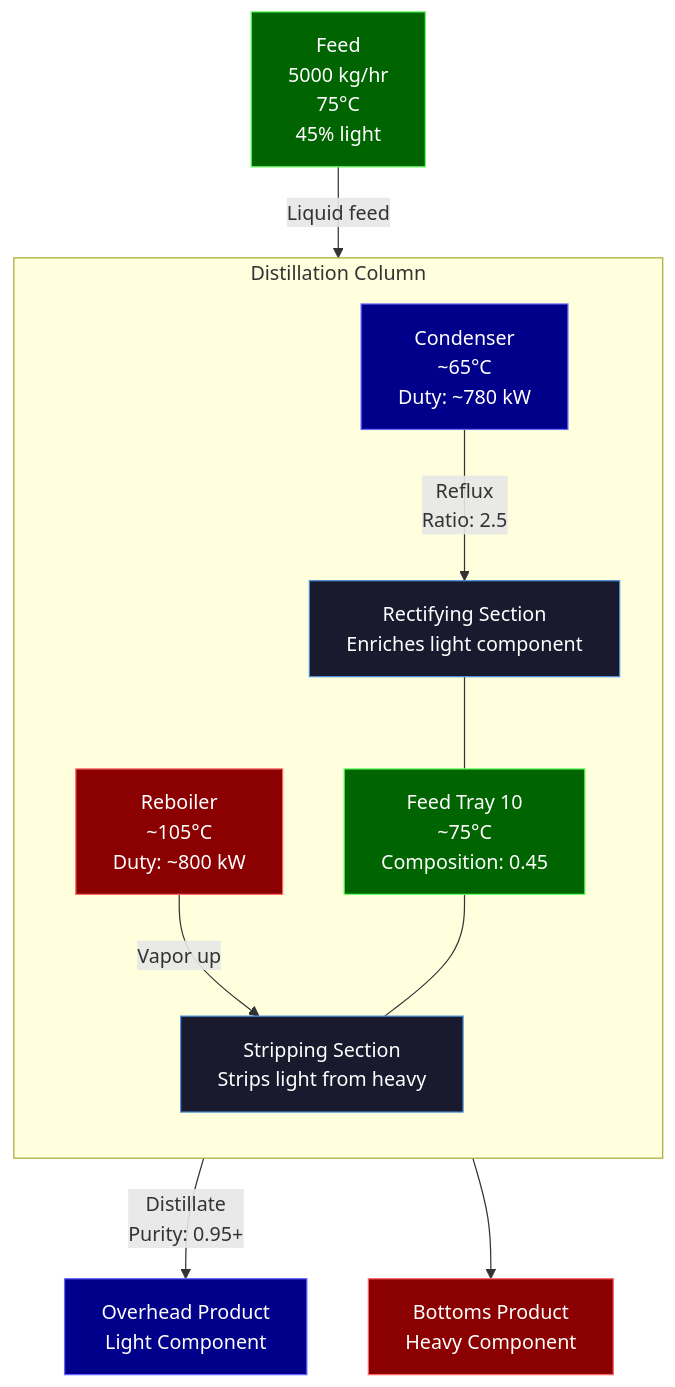
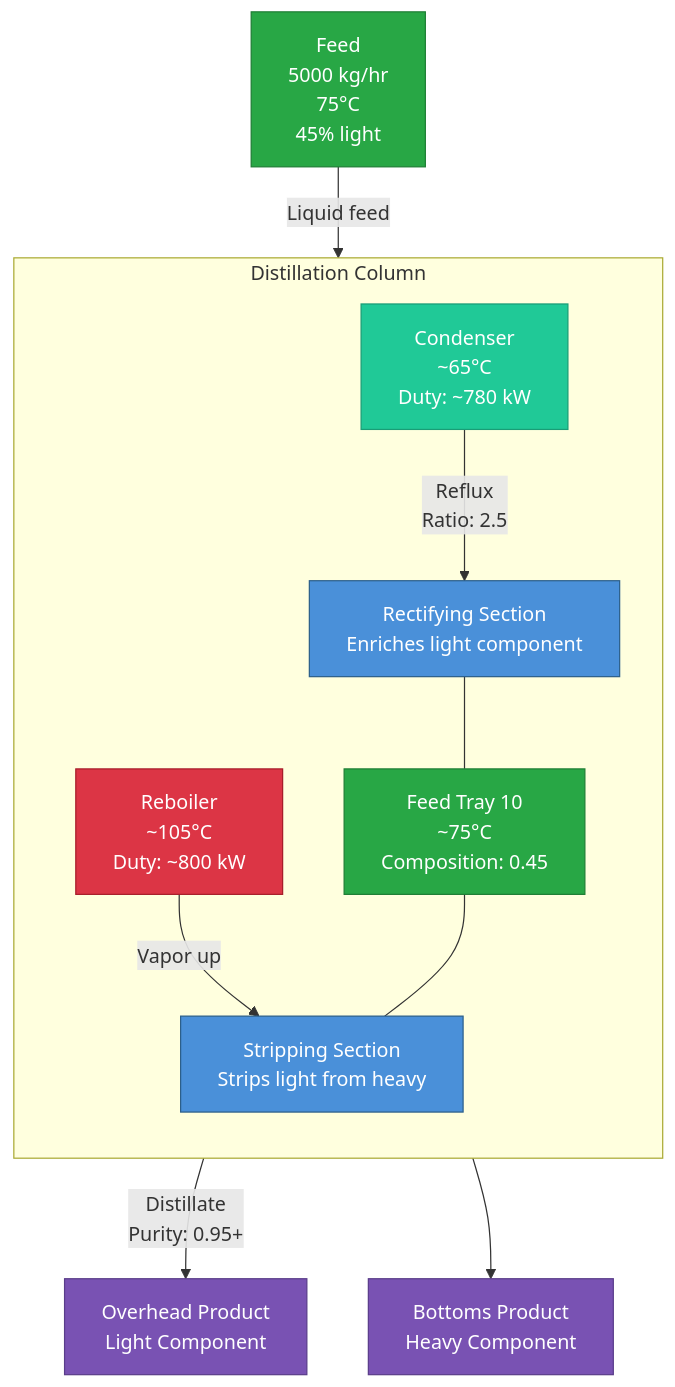
One commit to henryodibi11/Odibi changed the fourth of 7 diagrams in docs/simulation/patterns/process_engineering.md. Above: the diagram before and after it, drawn with Mermaid. The commit also changed other lines of this file and 7 other files, not shown here.

First line of the commit message:
Fix mermaid diagram colors for readability across all 26 diagrams

````diff
--- a/docs/simulation/patterns/process_engineering.md
+++ b/docs/simulation/patterns/process_engineering.md
@@ -755,31 +755,31 @@
 ```mermaid
 flowchart TB
     subgraph Column["Distillation Column"]
         direction TB
         COND["Condenser\n~65°C\nDuty: ~780 kW"]
         RECT["Rectifying Section\nEnriches light component"]
         FEED["Feed Tray 10\n~75°C\nComposition: 0.45"]
         STRIP["Stripping Section\nStrips light from heavy"]
         REB["Reboiler\n~105°C\nDuty: ~800 kW"]
     end
 
     FEED_IN["Feed\n5000 kg/hr\n75°C\n45% light"] -->|"Liquid feed"| FEED
 
     COND -->|"Reflux\nRatio: 2.5"| RECT
     COND -->|"Distillate\nPurity: 0.95+"| DIST["Overhead Product\nLight Component"]
 
     REB -->|"Vapor up"| STRIP
     REB --> BOTT["Bottoms Product\nHeavy Component"]
 
     RECT --- FEED
     FEED --- STRIP
 
-    style COND fill:#00008B,stroke:#6666ff,color:#ffffff
-    style RECT fill:#1a1a2e,stroke:#4a90d9,color:#ffffff
-    style FEED fill:#006400,stroke:#66ff66,color:#ffffff
-    style STRIP fill:#1a1a2e,stroke:#4a90d9,color:#ffffff
-    style REB fill:#8B0000,stroke:#ff6666,color:#ffffff
-    style FEED_IN fill:#006400,stroke:#66ff66,color:#ffffff
-    style DIST fill:#00008B,stroke:#6666ff,color:#ffffff
-    style BOTT fill:#8B0000,stroke:#ff6666,color:#ffffff
+    style COND fill:#20c997,stroke:#199d76,color:#ffffff
+    style RECT fill:#4a90d9,stroke:#2c5f8a,color:#ffffff
+    style FEED fill:#28a745,stroke:#1e7e34,color:#ffffff
+    style STRIP fill:#4a90d9,stroke:#2c5f8a,color:#ffffff
+    style REB fill:#dc3545,stroke:#a71d2a,color:#ffffff
+    style FEED_IN fill:#28a745,stroke:#1e7e34,color:#ffffff
+    style DIST fill:#7952b3,stroke:#5a3d8a,color:#ffffff
+    style BOTT fill:#7952b3,stroke:#5a3d8a,color:#ffffff
 ```
````
